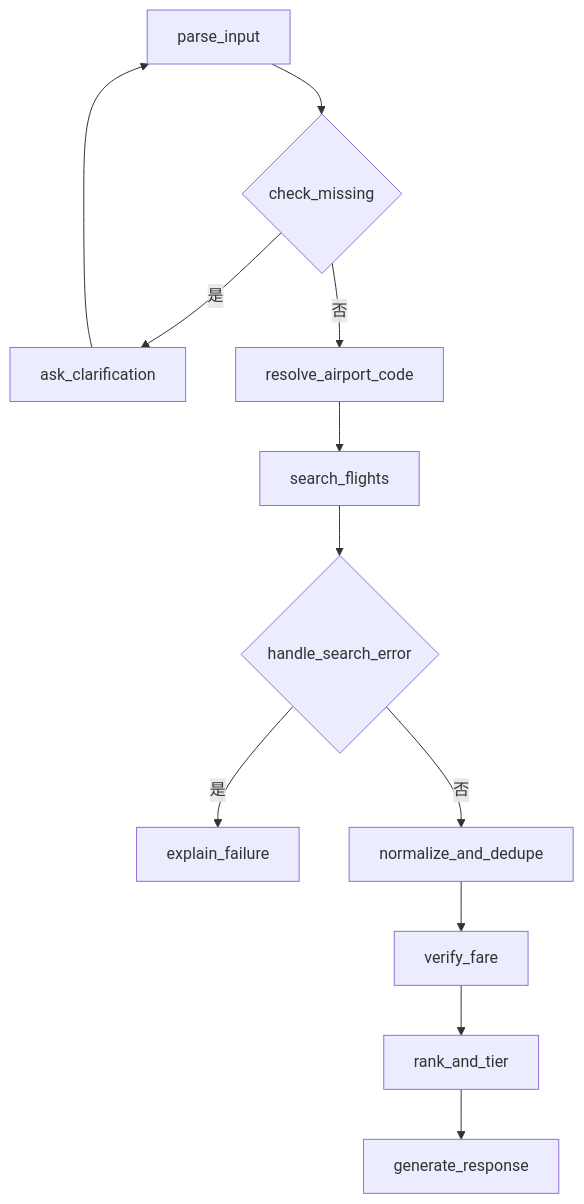
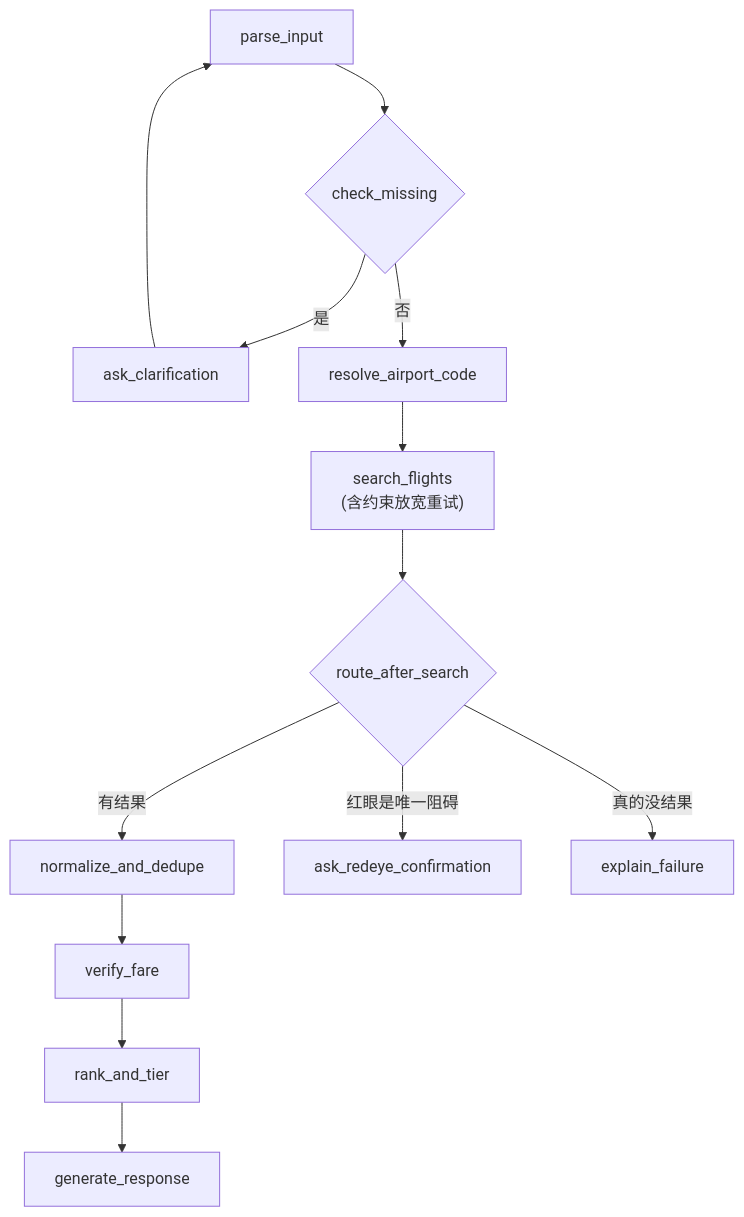
The diagram in docs/requirements.md (Marshall0214/flight-price-compare), drawn with Mermaid before and after one commit. The commit also changed other lines of this file and 15 other files, not shown here.

````diff
--- a/docs/requirements.md
+++ b/docs/requirements.md
@@ -129,14 +153,15 @@
 ```mermaid
 flowchart TD
     A[parse_input] --> B{check_missing}
     B -- 是 --> C[ask_clarification]
     C --> A
     B -- 否 --> D[resolve_airport_code]
-    D --> E[search_flights]
-    E --> F{handle_search_error}
-    F -- 是 --> G[explain_failure]
-    F -- 否 --> H[normalize_and_dedupe]
+    D --> E["search_flights\n(含约束放宽重试)"]
+    E --> F{route_after_search}
+    F -- 有结果 --> H[normalize_and_dedupe]
+    F -- 红眼是唯一阻碍 --> R[ask_redeye_confirmation]
+    F -- 真的没结果 --> G[explain_failure]
     H --> I[verify_fare]
     I --> J[rank_and_tier]
     J --> K[generate_response]
 ```
````
